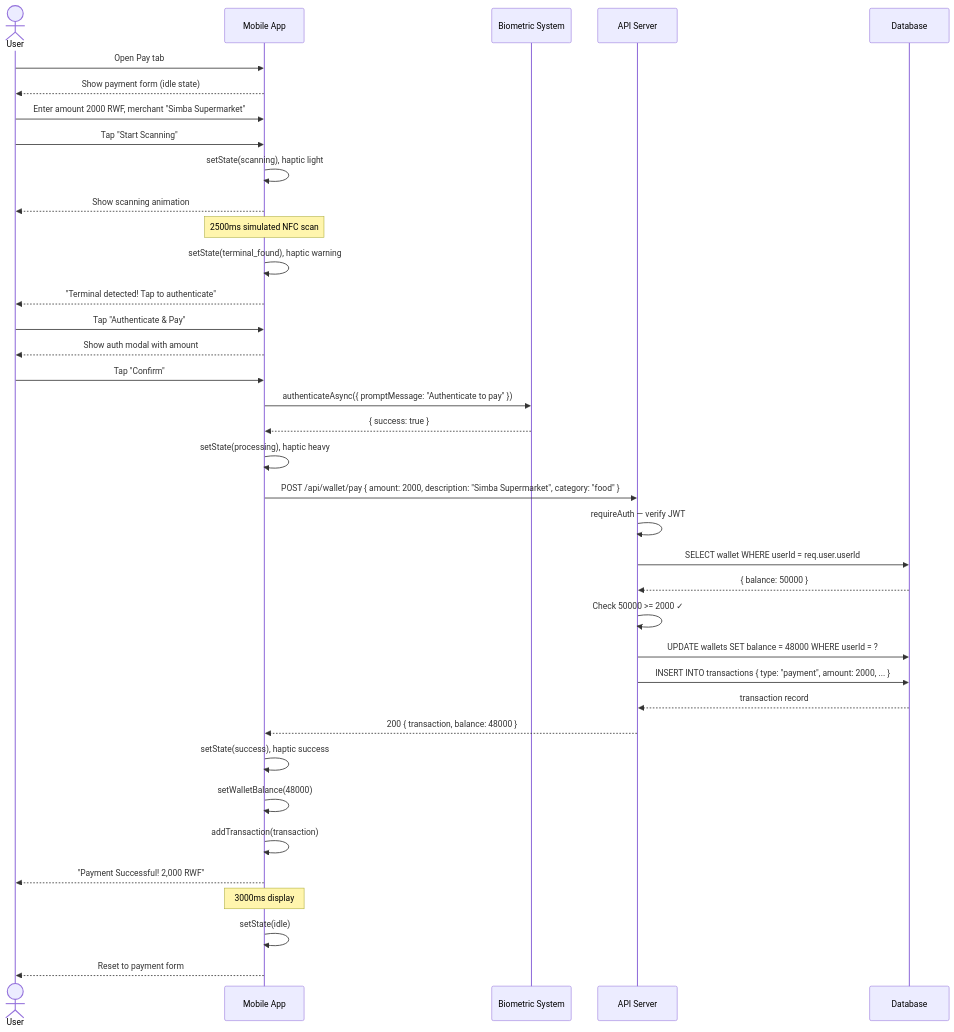
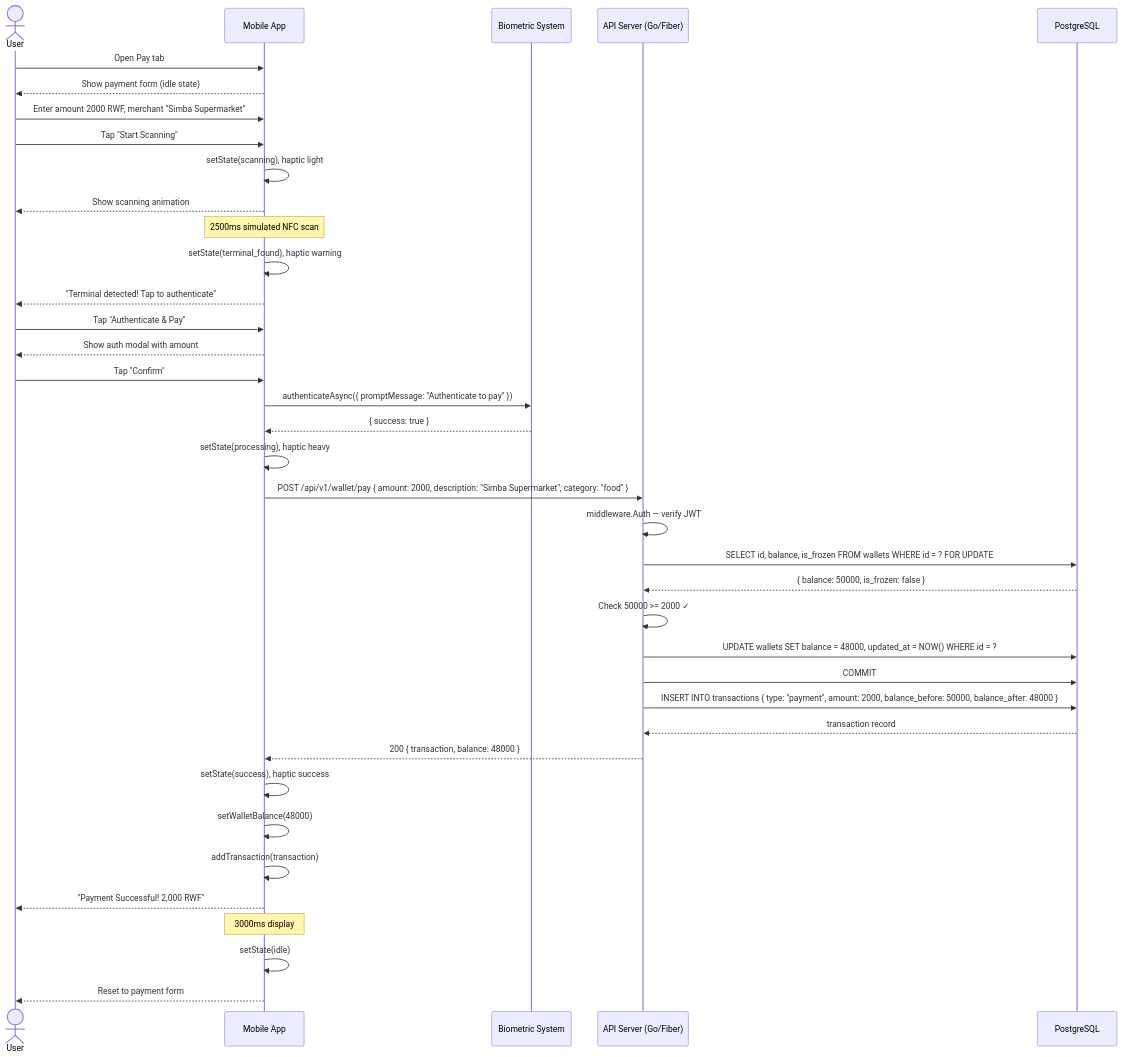
The fifth of 7 diagrams in docs/03-uml-diagrams.md (pac-cee/Rwanda_Pay), drawn with Mermaid before and after one commit. The commit also changed other lines of this file, not shown here.

Commit message:
uml_diagrams

````diff
--- a/docs/03-uml-diagrams.md
+++ b/docs/03-uml-diagrams.md
@@ -347,40 +317,41 @@
 ```mermaid
 sequenceDiagram
     actor U as User
     participant App as Mobile App
     participant Bio as Biometric System
-    participant API as API Server
-    participant DB as Database
+    participant API as API Server (Go/Fiber)
+    participant DB as PostgreSQL
 
     U->>App: Open Pay tab
     App-->>U: Show payment form (idle state)
     U->>App: Enter amount 2000 RWF, merchant "Simba Supermarket"
     U->>App: Tap "Start Scanning"
     App->>App: setState(scanning), haptic light
     App-->>U: Show scanning animation
     Note over App: 2500ms simulated NFC scan
     App->>App: setState(terminal_found), haptic warning
     App-->>U: "Terminal detected! Tap to authenticate"
     U->>App: Tap "Authenticate & Pay"
     App-->>U: Show auth modal with amount
     U->>App: Tap "Confirm"
     App->>Bio: authenticateAsync({ promptMessage: "Authenticate to pay" })
     Bio-->>App: { success: true }
     App->>App: setState(processing), haptic heavy
-    App->>API: POST /api/wallet/pay { amount: 2000, description: "Simba Supermarket", category: "food" }
-    API->>API: requireAuth — verify JWT
-    API->>DB: SELECT wallet WHERE userId = req.user.userId
-    DB-->>API: { balance: 50000 }
+    App->>API: POST /api/v1/wallet/pay { amount: 2000, description: "Simba Supermarket", category: "food" }
+    API->>API: middleware.Auth — verify JWT
+    API->>DB: SELECT id, balance, is_frozen FROM wallets WHERE id = ? FOR UPDATE
+    DB-->>API: { balance: 50000, is_frozen: false }
     API->>API: Check 50000 >= 2000 ✓
-    API->>DB: UPDATE wallets SET balance = 48000 WHERE userId = ?
-    API->>DB: INSERT INTO transactions { type: "payment", amount: 2000, ... }
+    API->>DB: UPDATE wallets SET balance = 48000, updated_at = NOW() WHERE id = ?
+    API->>DB: COMMIT
+    API->>DB: INSERT INTO transactions { type: "payment", amount: 2000, balance_before: 50000, balance_after: 48000 }
     DB-->>API: transaction record
     API-->>App: 200 { transaction, balance: 48000 }
     App->>App: setState(success), haptic success
     App->>App: setWalletBalance(48000)
     App->>App: addTransaction(transaction)
     App-->>U: "Payment Successful! 2,000 RWF"
     Note over App: 3000ms display
     App->>App: setState(idle)
     App-->>U: Reset to payment form
 ```
````
